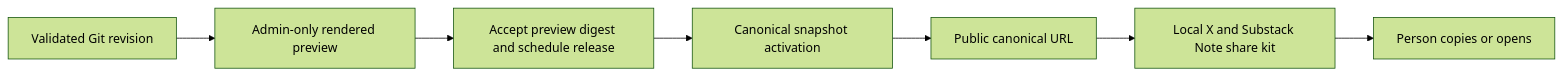
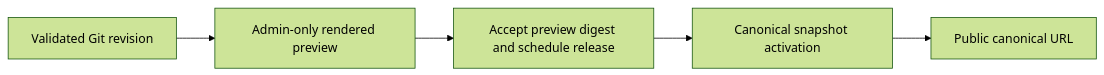
Before and after one commit to tee8z/maincopy: the second of 6 diagrams in docs/implementation.md, drawn with Mermaid (forest theme). The commit also changed other lines of this file and 2 other files, not shown here.

First line of the commit message:
docs(roadmap): define v1 and post-v1 scope

````diff
--- a/docs/implementation.md
+++ b/docs/implementation.md
@@ -2562,9 +2542,7 @@
 ```mermaid
 flowchart LR
     G[Validated Git revision] --> P[Admin-only rendered preview]
     P --> A[Accept preview digest and schedule release]
     A --> C[Canonical snapshot activation]
     C --> U[Public canonical URL]
-    U --> K[Local X and Substack Note share kit]
-    K --> H[Person copies or opens]
 ```
````
